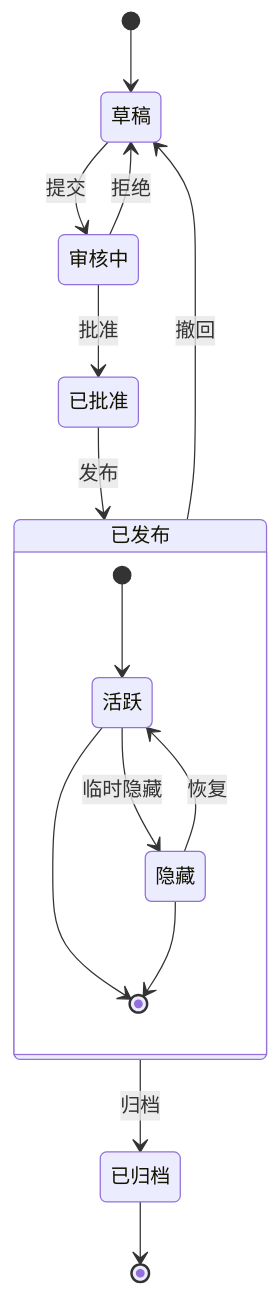
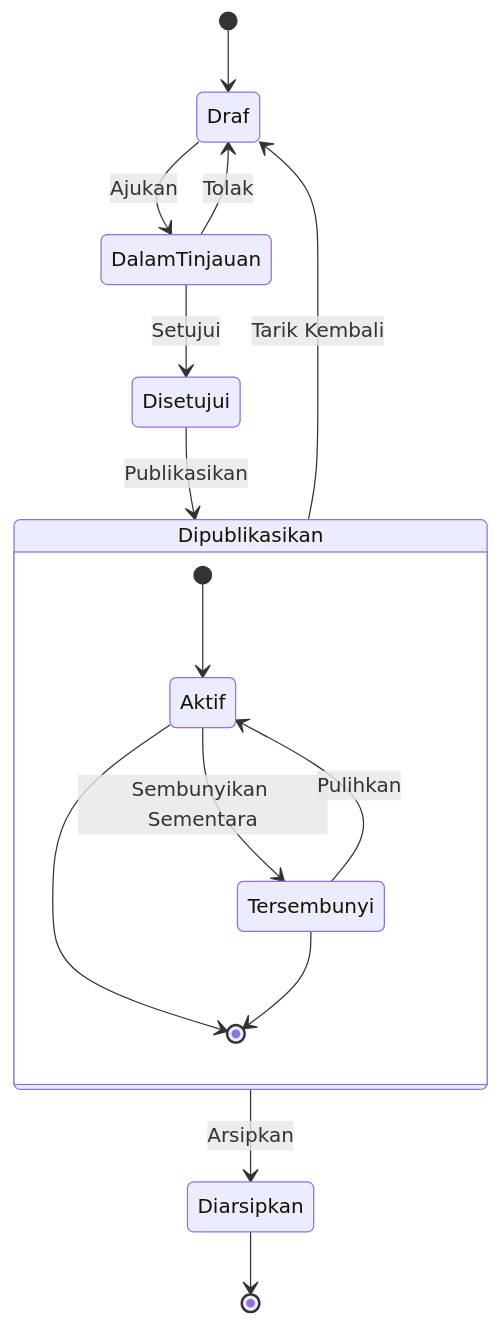
One commit to abqoryme/LightKira changed the fifth of 6 diagrams in src/content/posts/markdown-mermaid.md. Above: the diagram before and after it, drawn with Mermaid. The commit also changed other lines of this file and 12 other files, not shown here.

````diff
--- a/src/content/posts/markdown-mermaid.md
+++ b/src/content/posts/markdown-mermaid.md
@@ -151,21 +152,22 @@
 ```mermaid
 stateDiagram-v2
-    [*] --> 草稿
+    [*] --> Draf
     
-    草稿 --> 审核中 : 提交
-    审核中 --> 草稿 : 拒绝
-    审核中 --> 已批准 : 批准
-    已批准 --> 已发布 : 发布
-    已发布 --> 已归档 : 归档
-    已发布 --> 草稿 : 撤回
+    Draf --> DalamTinjauan : Ajukan
+    DalamTinjauan --> Draf : Tolak
+    DalamTinjauan --> Disetujui : Setujui
+    Disetujui --> Dipublikasikan : Publikasikan
+    Dipublikasikan --> Diarsipkan : Arsipkan
+    Dipublikasikan --> Draf : Tarik Kembali
     
-    state 已发布 {
-        [*] --> 活跃
-        活跃 --> 隐藏 : 临时隐藏
-        隐藏 --> 活跃 : 恢复
-        活跃 --> [*]
-        隐藏 --> [*]
+    state Dipublikasikan {
+        [*] --> Aktif
+        Aktif --> Tersembunyi : Sembunyikan Sementara
+        Tersembunyi --> Aktif : Pulihkan
+        Aktif --> [*]
+        Tersembunyi --> [*]
     }
     
-    已归档 --> [*]
+    Diarsipkan --> [*]
+
 ```
````
